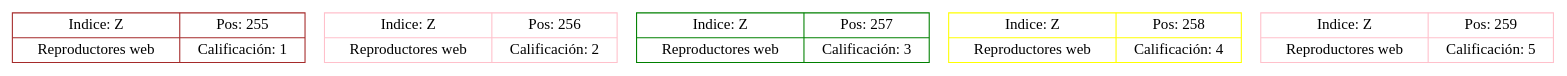
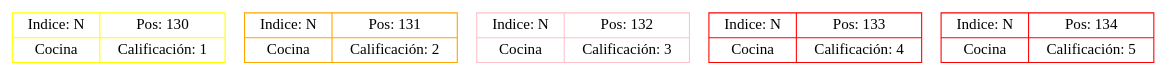
One commit to Daniel-Chicas/EDD_VirtualMall_201807079 changed the diagram in cliente/src/VectorTiendas/Vector.dot. Above: the diagram before and after it, drawn with Graphviz. The commit also changed 47 other files, not shown here.

```diff
--- a/cliente/src/VectorTiendas/Vector.dot
+++ b/cliente/src/VectorTiendas/Vector.dot
@@ -1,8 +1,8 @@
-digraph Daniel51{
+digraph Daniel26{
 node[shape=record];
-node255[color=brown, fillcolor=green, label="{Indice: Z|Reproductores web}|{Pos: 255|Calificación: 1}"];
-node256[color=pink, fillcolor=green, label="{Indice: Z|Reproductores web}|{Pos: 256|Calificación: 2}"];
-node257[color=green, fillcolor=brown, label="{Indice: Z|Reproductores web}|{Pos: 257|Calificación: 3}"];
-node258[color=yellow, fillcolor=pink, label="{Indice: Z|Reproductores web}|{Pos: 258|Calificación: 4}"];
-node259[color=pink, fillcolor=violet, label="{Indice: Z|Reproductores web}|{Pos: 259|Calificación: 5}"];
+node130[color=yellow, fillcolor=brown, label="{Indice: N|Cocina}|{Pos: 130|Calificación: 1}"];
+node131[color=orange, fillcolor=yellow, label="{Indice: N|Cocina}|{Pos: 131|Calificación: 2}"];
+node132[color=pink, fillcolor=yellow, label="{Indice: N|Cocina}|{Pos: 132|Calificación: 3}"];
+node133[color=red, fillcolor=blue, label="{Indice: N|Cocina}|{Pos: 133|Calificación: 4}"];
+node134[color=red, fillcolor=blue, label="{Indice: N|Cocina}|{Pos: 134|Calificación: 5}"];
 }
```
